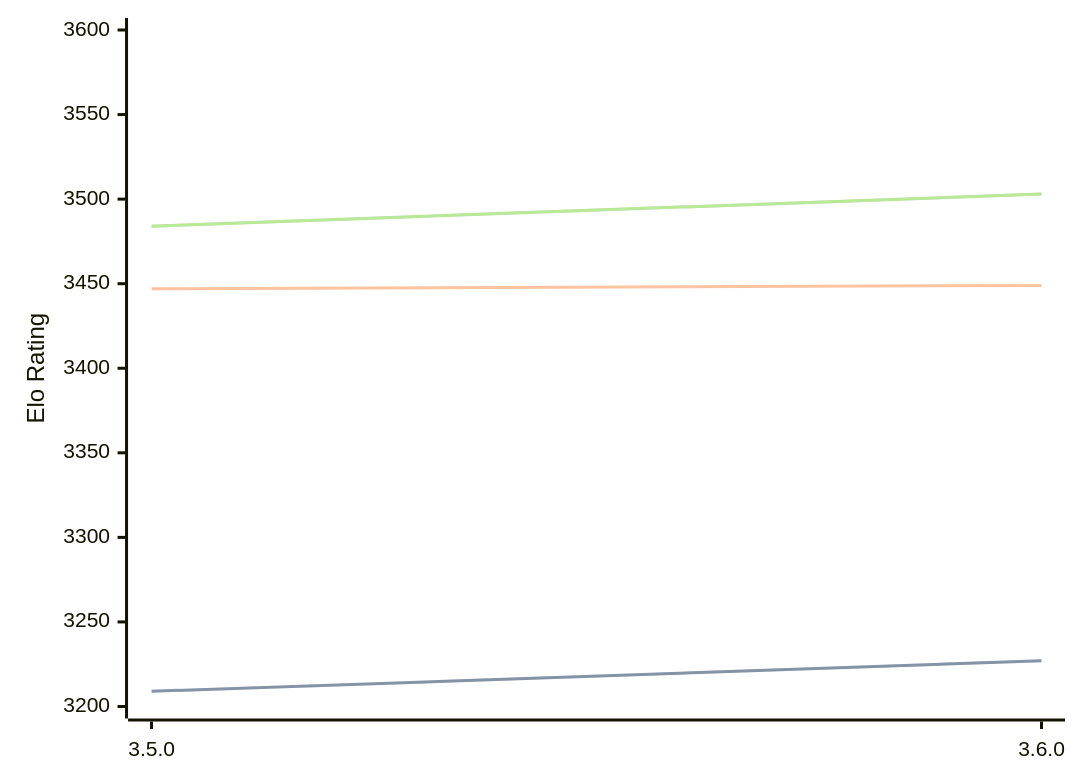
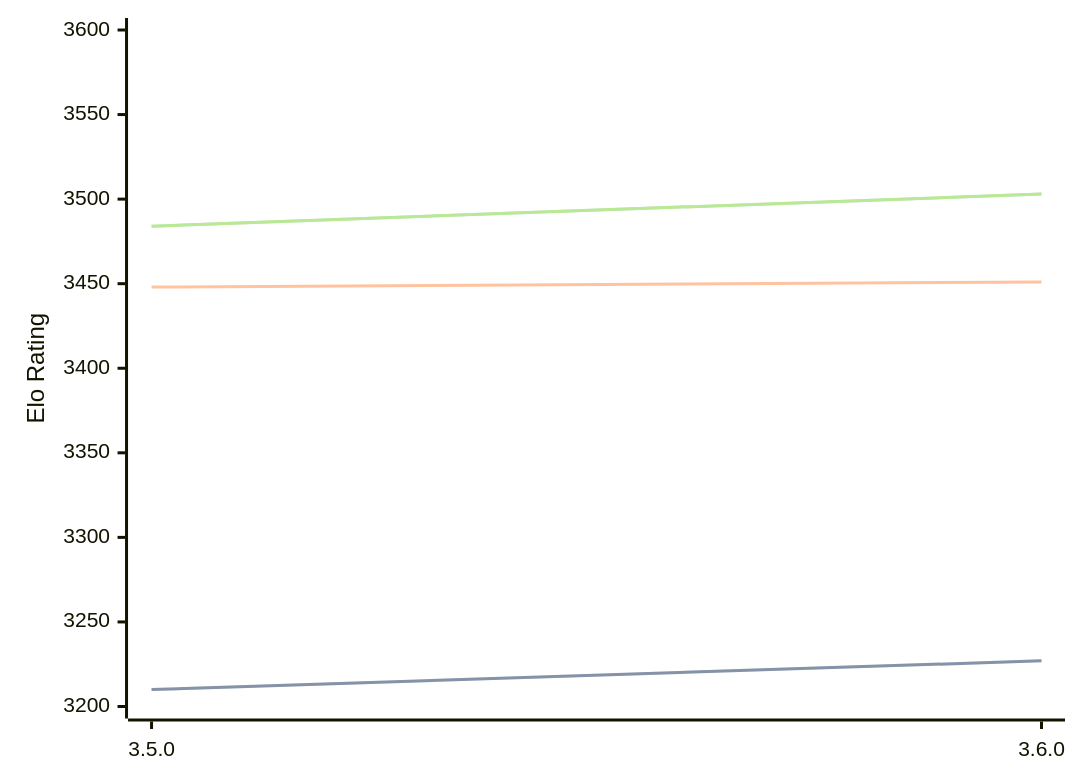
Before and after one commit to computer-chess-index/cci: the diagram in engines/Igel.md, drawn with Mermaid. The commit also changed other lines of this file, not shown here.

````diff
--- a/engines/Igel.md
+++ b/engines/Igel.md
@@ -68,11 +68,11 @@
 ```mermaid
 %%{init: {"theme":"base","themeVariables":{"seriesColors:['#a3a3a3','#222221','#faa371']}}}%%
 xychart-beta
   x-axis ["3.5.0", "3.6.0"]
   y-axis "Elo Rating" 3200 --> 3600
-  line "STC (8.0+0.08s)" [3209, 3227]
-  line "STC (8.0+0.08s)" [3209, 3227]
-  line "LTC (60.0+0.60s)" [3447, 3449]
+  line "STC (8.0+0.08s)" [3210, 3227]
+  line "STC (8.0+0.08s)" [3210, 3227]
+  line "LTC (60.0+0.60s)" [3448, 3451]
   line "VLTC (2m24s+1.12s)" [3484, 3503]
   line "VLTC (2m24s+1.12s)" [3484, 3503]
 ```
````
